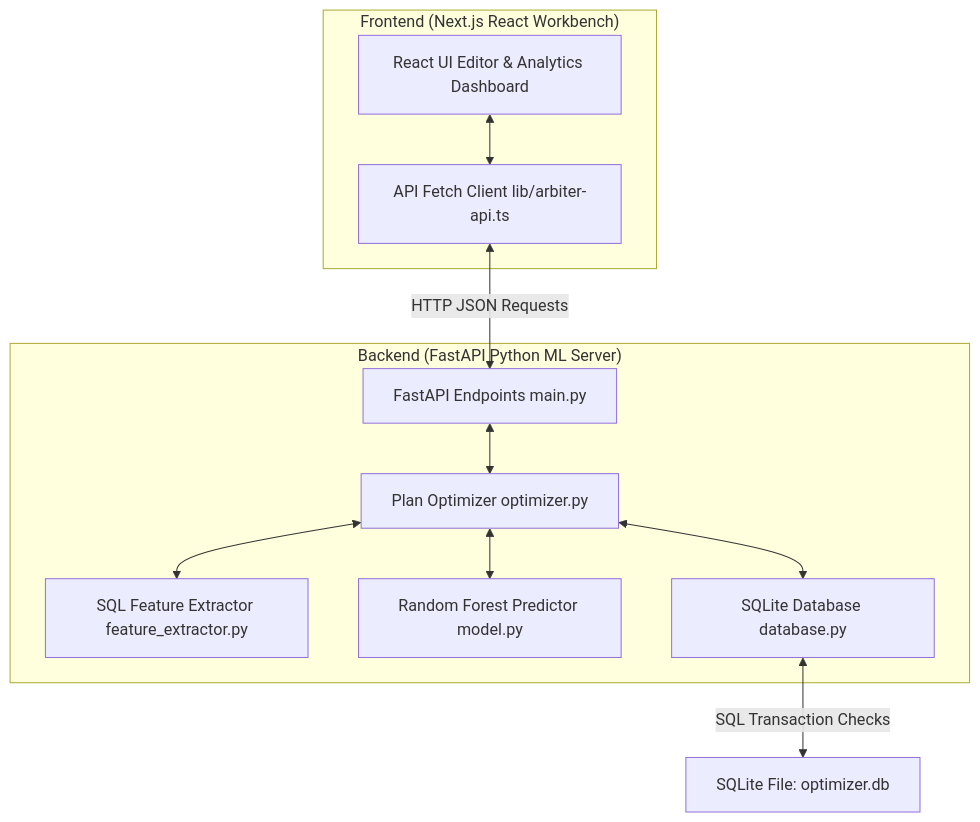
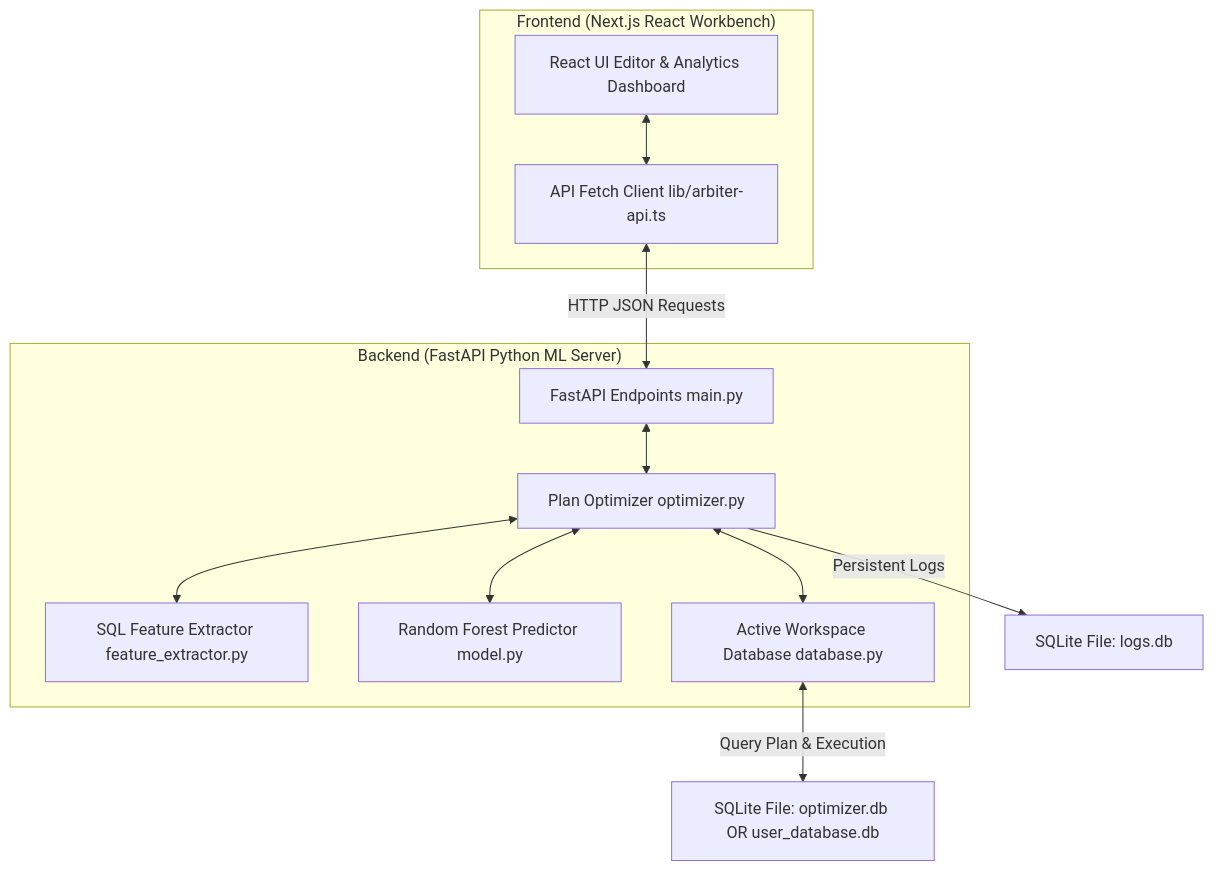
Before and after one commit to jhanvi857/Arbiter: the diagram in README.md, drawn with Mermaid. The commit also changed other lines of this file, not shown here.

Commit message:
docs: update monorepo architecture diagram and document database upload constraints

````diff
--- a/README.md
+++ b/README.md
@@ -11,24 +11,25 @@
 ```mermaid
 graph TD
     subgraph Frontend ["Frontend (Next.js React Workbench)"]
         UI[React UI Editor & Analytics Dashboard]
         API_Client[API Fetch Client lib/arbiter-api.ts]
         UI <--> API_Client
     end
 
     subgraph Backend ["Backend (FastAPI Python ML Server)"]
         API_Router[FastAPI Endpoints main.py]
         Optimizer_Engine[Plan Optimizer optimizer.py]
         Feature_Extractor[SQL Feature Extractor feature_extractor.py]
         ML_Estimator[Random Forest Predictor model.py]
-        DB_Connection[SQLite Database database.py]
+        DB_Connection[Active Workspace Database database.py]
         
         API_Router <--> Optimizer_Engine
         Optimizer_Engine <--> Feature_Extractor
         Optimizer_Engine <--> ML_Estimator
         Optimizer_Engine <--> DB_Connection
     end
     
     API_Client <-->|HTTP JSON Requests| API_Router
-    DB_Connection <-->|SQL Transaction Checks| Local_SQLite[SQLite File: optimizer.db]
+    DB_Connection <-->|Query Plan & Execution| Local_SQLite[SQLite File: optimizer.db OR user_database.db]
+    Optimizer_Engine -->|Persistent Logs| Logs_SQLite[SQLite File: logs.db]
 ```
````
